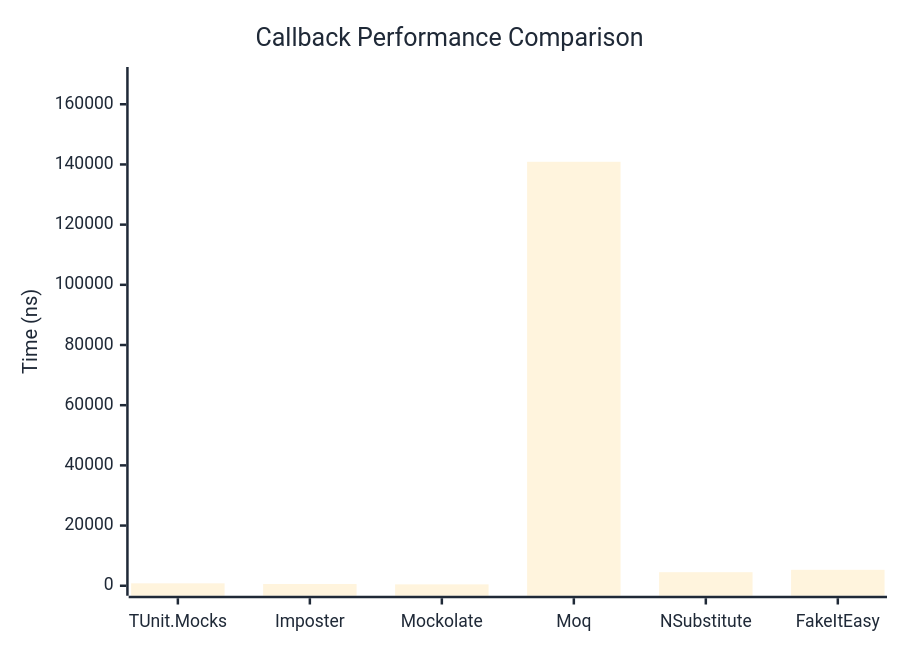
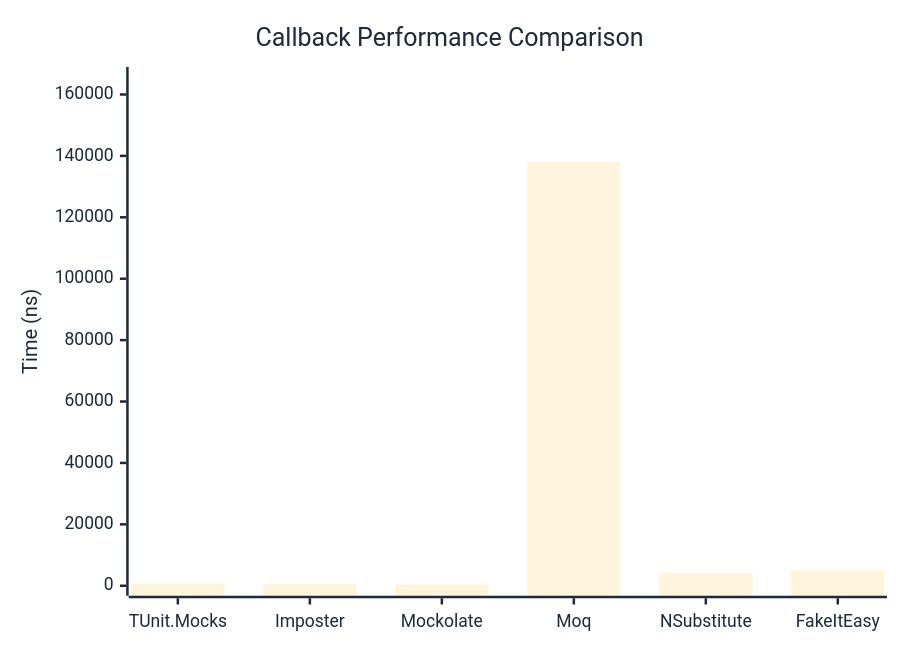
One commit to thomhurst/TUnit changed the first of 2 diagrams in docs/docs/benchmarks/mocks/Callback.md. Above: the diagram before and after it, drawn with Mermaid. The commit also changed other lines of this file and 14 other files, not shown here.

````diff
--- a/docs/docs/benchmarks/mocks/Callback.md
+++ b/docs/docs/benchmarks/mocks/Callback.md
@@ -30,27 +30,27 @@
 ```mermaid
 %%{init: {
   'theme':'base',
   'themeVariables': {
     'primaryColor': '#2563eb',
     'primaryTextColor': '#1f2937',
     'primaryBorderColor': '#1e40af',
     'lineColor': '#6b7280',
     'secondaryColor': '#7c3aed',
     'tertiaryColor': '#dc2626',
     'background': '#ffffff',
     'pie1': '#2563eb',
     'pie2': '#7c3aed',
     'pie3': '#dc2626',
     'pie4': '#f59e0b',
     'pie5': '#10b981',
     'pie6': '#06b6d4',
     'pie7': '#ec4899',
     'pie8': '#6366f1'
   }
 }}%%
 xychart-beta
   title "Callback Performance Comparison"
   x-axis ["TUnit.Mocks", "Imposter", "Mockolate", "Moq", "NSubstitute", "FakeItEasy"]
-  y-axis "Time (ns)" 0 --> 169061
-  bar [806.8, 571.4, 463.4, 140883.7, 4504.6, 5291.4]
+  y-axis "Time (ns)" 0 --> 165694
+  bar [746.3, 501.4, 409.8, 138077.9, 4183.4, 5009.5]
 ```
````
